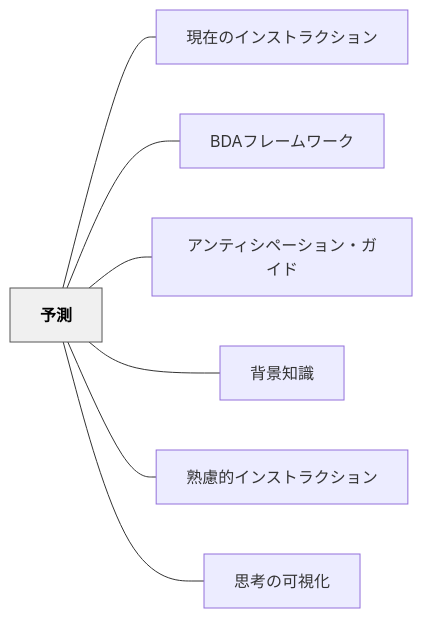
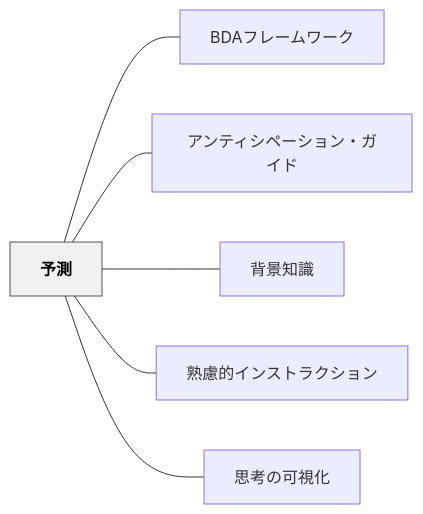
The diagram in content/パタン/予測.md (unknownthings-ed-patterns/unknownthings-ed-patterns), drawn with Mermaid before and after one commit. The commit also changed other lines of this file and 41 other files, not shown here.

````diff
--- a/content/パタン/予測.md
+++ b/content/パタン/予測.md
@@ -74,20 +73,18 @@
 ```mermaid
 flowchart LR
     ne4ba88e6b8ac["予測"]
-    ne78fbee59ca8e381aee382a4e383b3e382b9e38388e383a9e382afe382b7e383a7e383b3["現在のインストラクション"]
     n424441e38395e383ace383bce383a0e383afe383bce382af["BDAフレームワーク"]
     ne382a2e383b3e38386e382a3e382b7e3839ae383bce382b7e383a7e383b3e383bbe382ace382a4e38389["アンティシペーション・ガイド"]
     ne8838ce699afe79fa5e8ad98["背景知識"]
     ne7869fe685aee79a84e382a4e383b3e382b9e38388e383a9e382afe382b7e383a7e383b3["熟慮的インストラクション"]
     ne6809de88083e381aee58fafe8a696e58c96["思考の可視化"]
 
-    ne4ba88e6b8ac --- ne78fbee59ca8e381aee382a4e383b3e382b9e38388e383a9e382afe382b7e383a7e383b3
     ne4ba88e6b8ac --- n424441e38395e383ace383bce383a0e383afe383bce382af
     ne4ba88e6b8ac --- ne382a2e383b3e38386e382a3e382b7e3839ae383bce382b7e383a7e383b3e383bbe382ace382a4e38389
     ne4ba88e6b8ac --- ne8838ce699afe79fa5e8ad98
     ne4ba88e6b8ac --- ne7869fe685aee79a84e382a4e383b3e382b9e38388e383a9e382afe382b7e383a7e383b3
     ne4ba88e6b8ac --- ne6809de88083e381aee58fafe8a696e58c96
 
     classDef hub fill:#f0f0f0,stroke:#555,color:#000,font-weight:bold
     class ne4ba88e6b8ac hub
 ```
````
